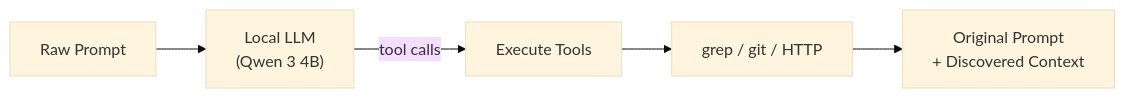
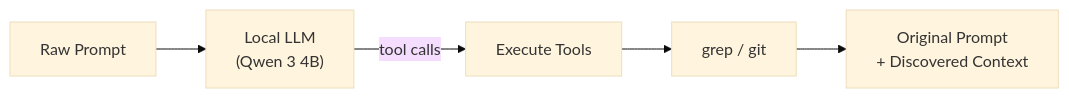
One commit to prefrontalsys/promptscout changed the diagram in README.md. Above: the diagram before and after it, drawn with Mermaid (base theme). The commit also changed other lines of this file and 5 other files, not shown here.

````diff
--- a/README.md
+++ b/README.md
@@ -17,7 +17,7 @@
 ```mermaid
 flowchart LR
     A["Raw Prompt"] --> B["Local LLM<br/>(Qwen 3 4B)"]
     B -->|"tool calls"| C["Execute Tools"]
-    C --> D["grep / git / HTTP"]
+    C --> D["grep / git"]
     D --> E["Original Prompt<br/>+ Discovered Context"]
 ```
````
